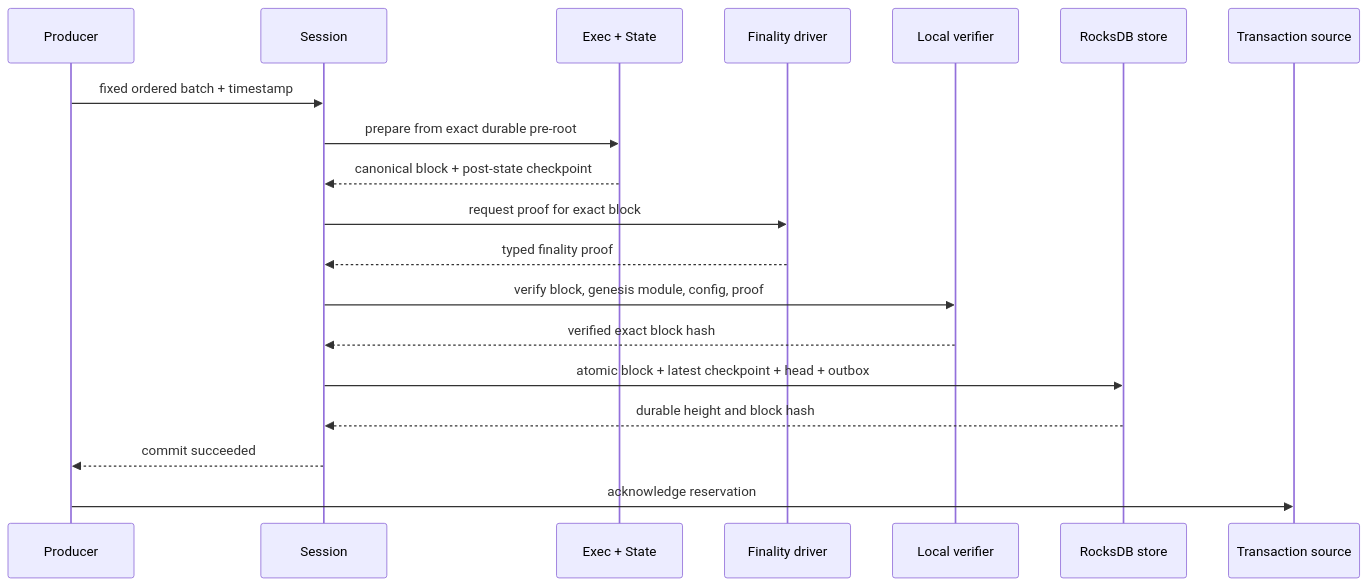
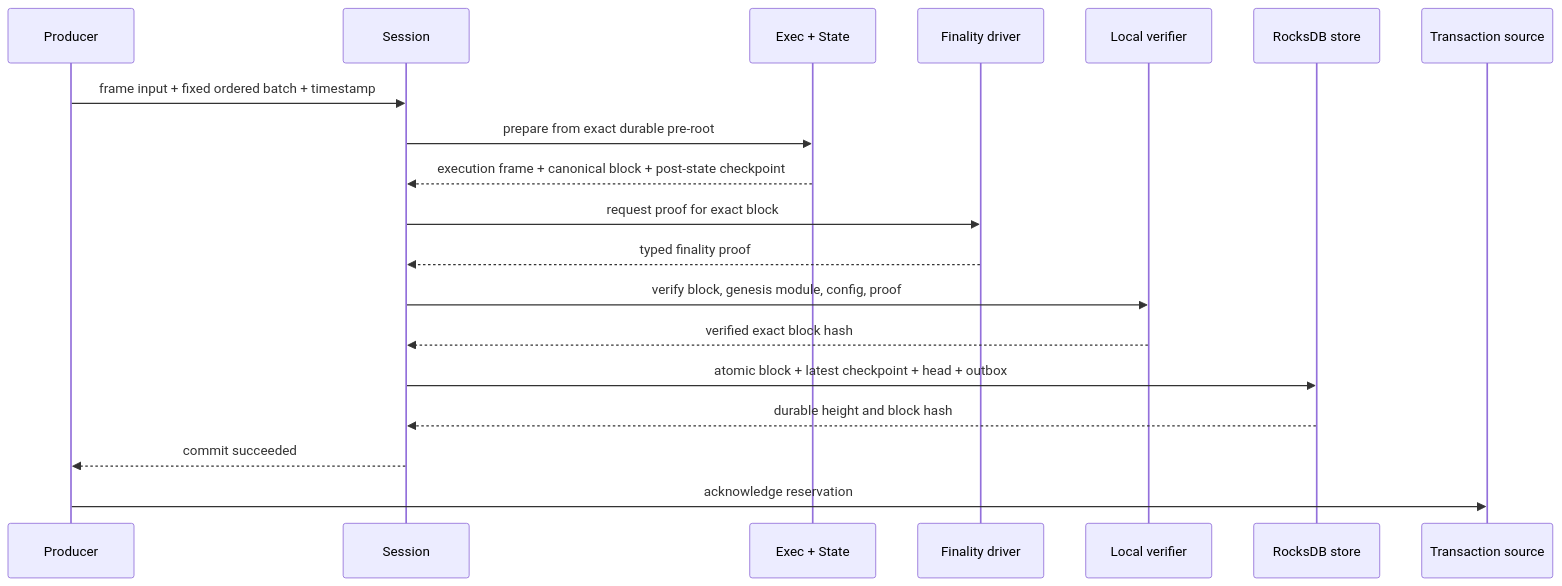
One commit to Myelin-Labs/Myelin changed the second of 3 diagrams in docs/interactions/session-flow.md. Above: the diagram before and after it, drawn with Mermaid. The commit also changed other lines of this file and 23 other files, not shown here.

````diff
--- a/docs/interactions/session-flow.md
+++ b/docs/interactions/session-flow.md
@@ -75,22 +81,22 @@
 ```mermaid
 sequenceDiagram
     participant P as Producer
     participant S as Session
     participant X as Exec + State
     participant D as Finality driver
     participant V as Local verifier
     participant R as RocksDB store
     participant Q as Transaction source
 
-    P->>S: fixed ordered batch + timestamp
+    P->>S: frame input + fixed ordered batch + timestamp
     S->>X: prepare from exact durable pre-root
-    X-->>S: canonical block + post-state checkpoint
+    X-->>S: execution frame + canonical block + post-state checkpoint
     S->>D: request proof for exact block
     D-->>S: typed finality proof
     S->>V: verify block, genesis module, config, proof
     V-->>S: verified exact block hash
     S->>R: atomic block + latest checkpoint + head + outbox
     R-->>S: durable height and block hash
     S-->>P: commit succeeded
     P->>Q: acknowledge reservation
 ```
````
